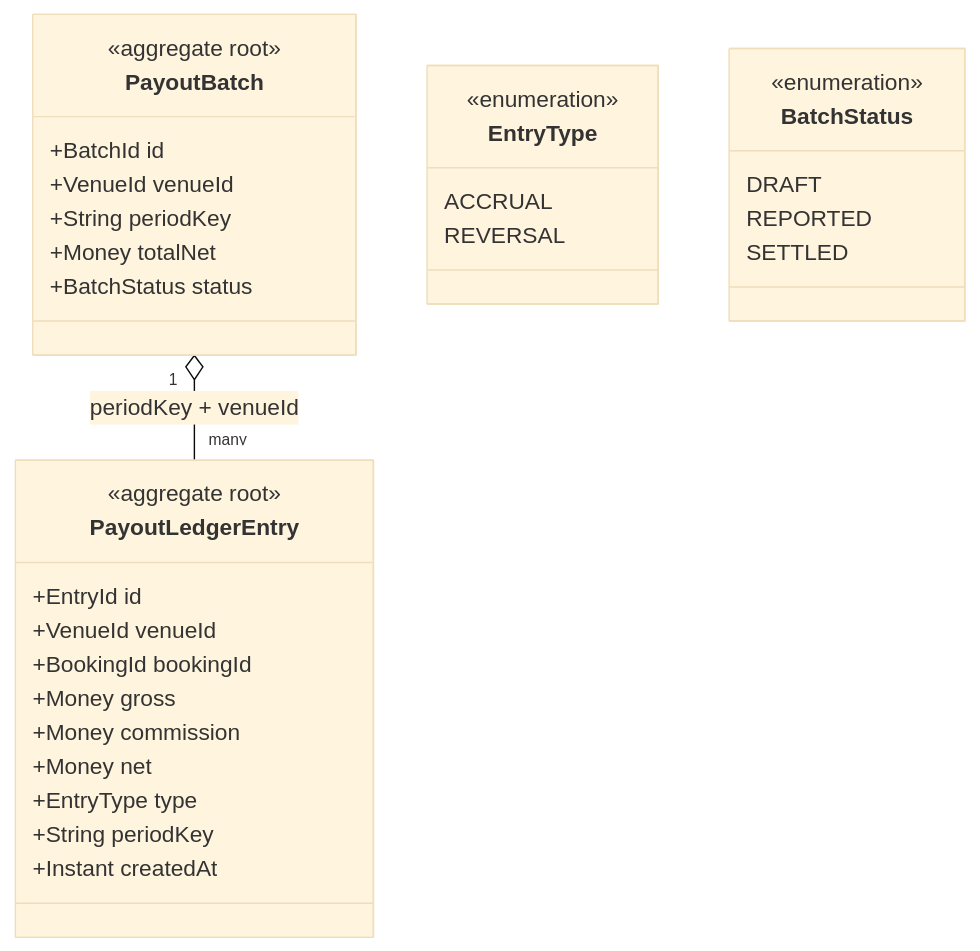
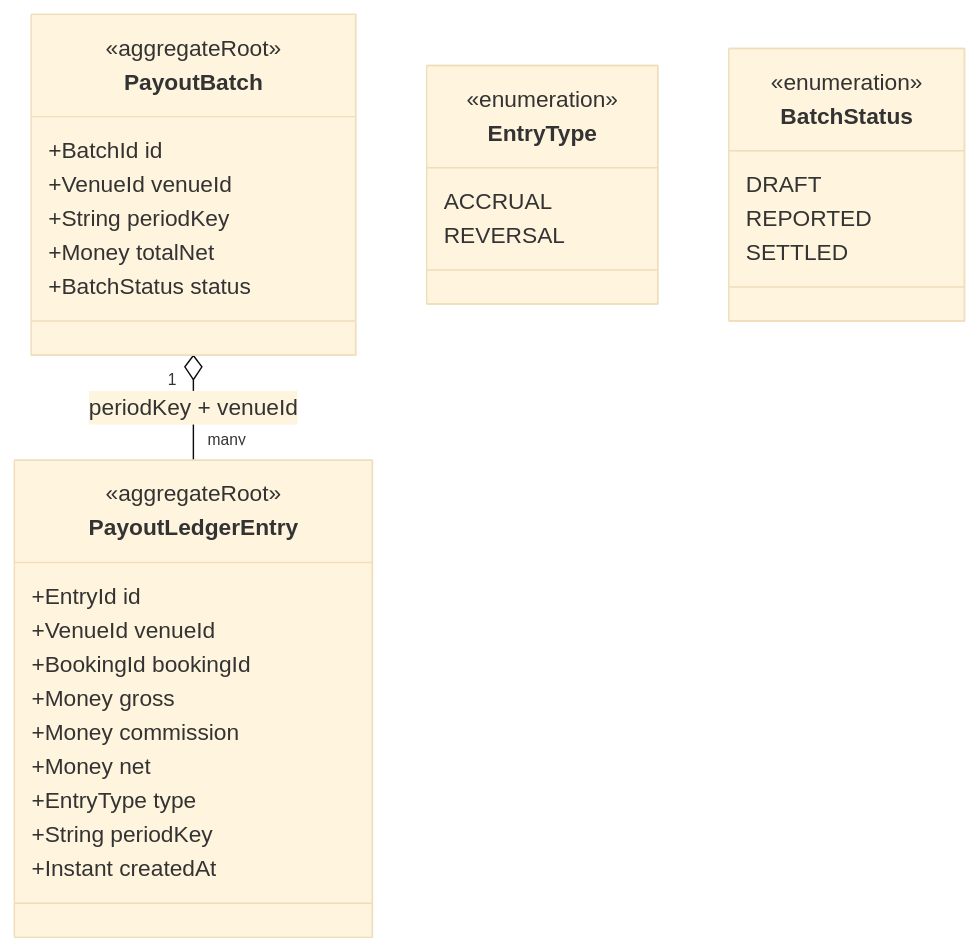
One commit to ivopogace/riviera-sunbed-booking changed the seventh of 12 diagrams in docs/architecture/domain-model.md. Above: the diagram before and after it, drawn with Mermaid (base theme). The commit also changed other lines of this file, not shown here.

First line of the commit message:
Fix class-diagram Mermaid syntax so aggregates render

````diff
--- a/docs/architecture/domain-model.md
+++ b/docs/architecture/domain-model.md
@@ -292,35 +292,35 @@
 ```mermaid
 classDiagram
     class PayoutLedgerEntry {
-        <<aggregate root>>
+        <<aggregateRoot>>
         +EntryId id
         +VenueId venueId
         +BookingId bookingId
         +Money gross
         +Money commission
         +Money net
         +EntryType type
         +String periodKey
         +Instant createdAt
     }
     class PayoutBatch {
-        <<aggregate root>>
+        <<aggregateRoot>>
         +BatchId id
         +VenueId venueId
         +String periodKey
         +Money totalNet
         +BatchStatus status
     }
     class EntryType {
         <<enumeration>>
         ACCRUAL
         REVERSAL
     }
     class BatchStatus {
         <<enumeration>>
         DRAFT
         REPORTED
         SETTLED
     }
     PayoutBatch "1" o-- "many" PayoutLedgerEntry : periodKey + venueId
 ```
````
